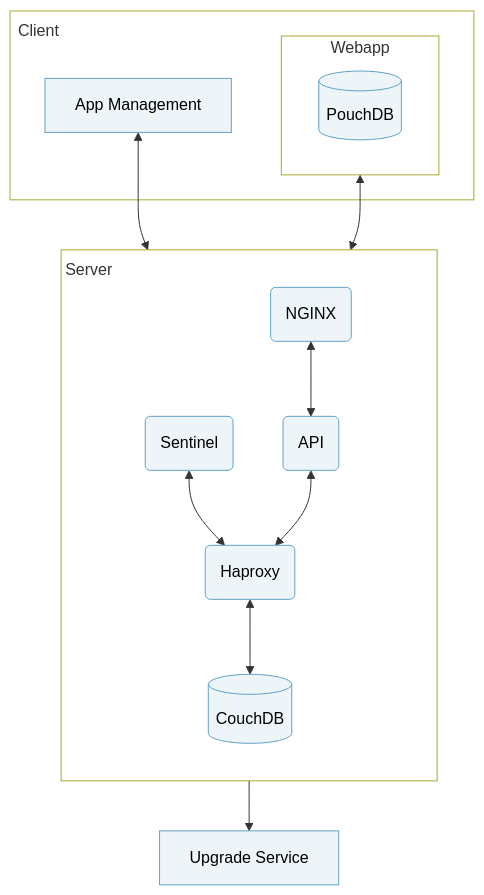
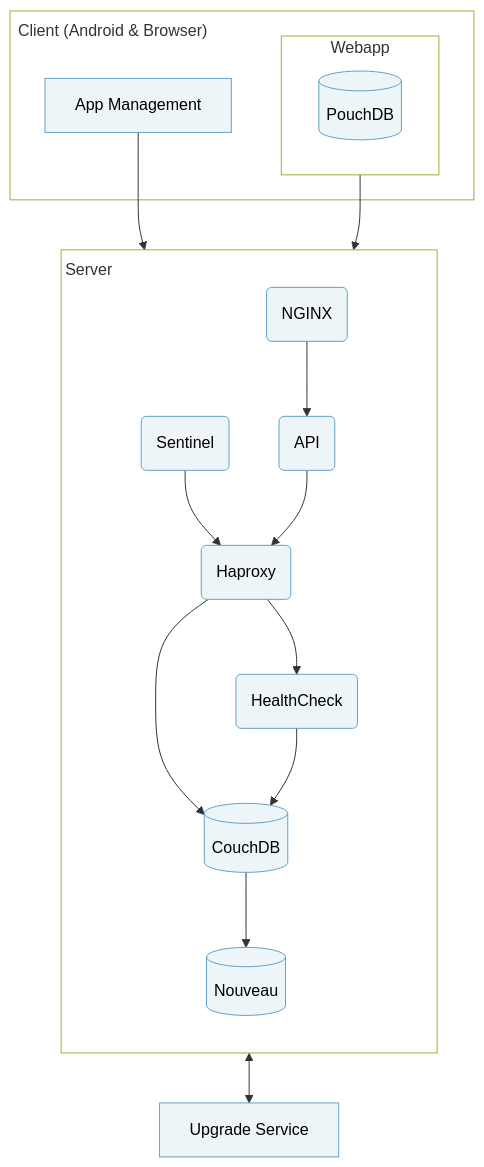
The diagram in content/en/technical-overview/architecture/cht-core.md (medic/cht-docs), drawn with Mermaid before and after one commit. The commit also changed other lines of this file and 4 other files, not shown here.

Commit message:
update flowcharts and review feedback

````diff
--- a/content/en/technical-overview/architecture/cht-core.md
+++ b/content/en/technical-overview/architecture/cht-core.md
@@ -20,34 +18,40 @@
 ```mermaid
-flowchart TB
+graph TB
+  classDef container stroke:#63a2c6, fill:#eef5f9, color:#000
+  
   subgraph CHT_Core_Framework["<div style="width: 23em; height:2em; display:flex; justify-content: flex-start; align-items:flex-end;">Server</div>"]
     direction TB
     NGINX(NGINX):::container
     API(API):::container
     Sentinel(Sentinel):::container
     HAProxy(Haproxy):::container
+    HealthCheck(HealthCheck):::container
     CouchDB[(CouchDB)]:::container
-    classDef container stroke:#63a2c6, fill:#eef5f9, color:#000
+    Nouveau[(Nouveau)]:::container
   end
 
   Upgrade["Upgrade Service"]:::container
 
-  subgraph Client["<div style="width: 28em; height:2em; display:flex; justify-content: flex-start; align-items:flex-end;">Client</div>"]
+  subgraph Client["<div style="width: 28em; height:2em; display:flex; justify-content: flex-start; align-items:flex-end;">Client (Android & Browser)</div>"]
     subgraph Webapp["Webapp"]
       PouchDB[(PouchDB)]:::container
     end
 
     Admin["App Management"]:::container
 end
   
-  Webapp <--> NGINX
-  Admin <--> NGINX
-  NGINX <--> API
-  API --> Upgrade
-  Sentinel <--> HAProxy
-  API <--> HAProxy
-  HAProxy <--> CouchDB
+  Webapp --> NGINX
+  Admin --> NGINX
+  NGINX --> API
+  API <--> Upgrade
+  Sentinel --> HAProxy
+  API --> HAProxy
+  HAProxy --> CouchDB
+  HealthCheck --> CouchDB
+  HAProxy --> HealthCheck
+  CouchDB --> Nouveau
 
   style CHT_Core_Framework fill: transparent
   style Client fill: transparent
   style Webapp fill: transparent
 ```
````
